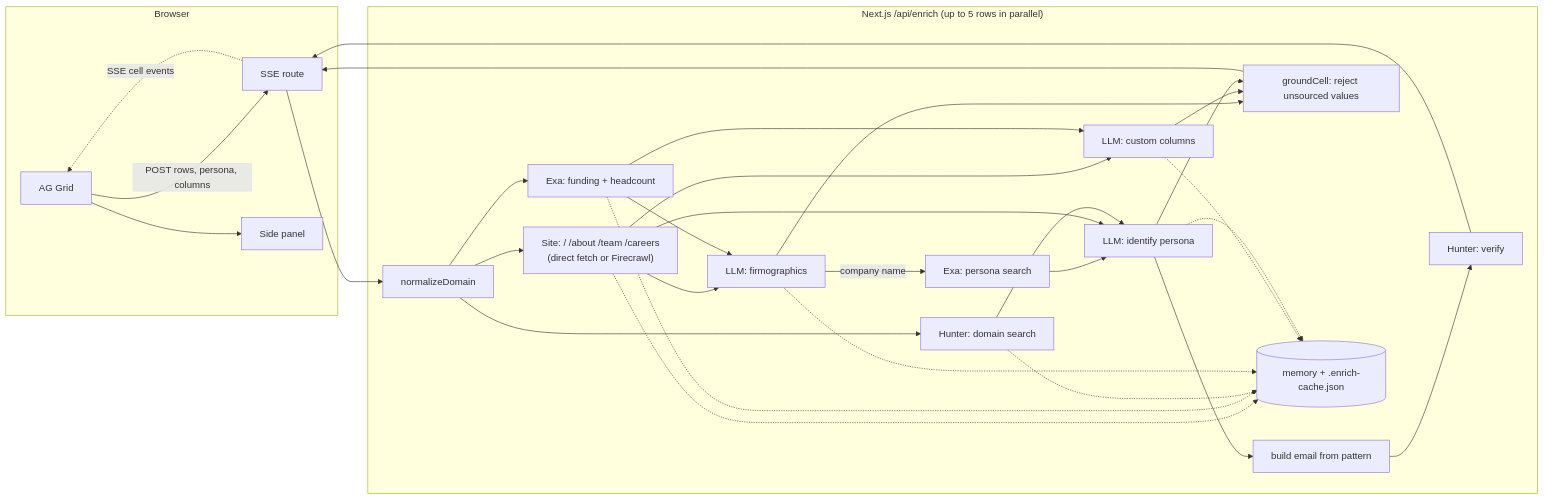
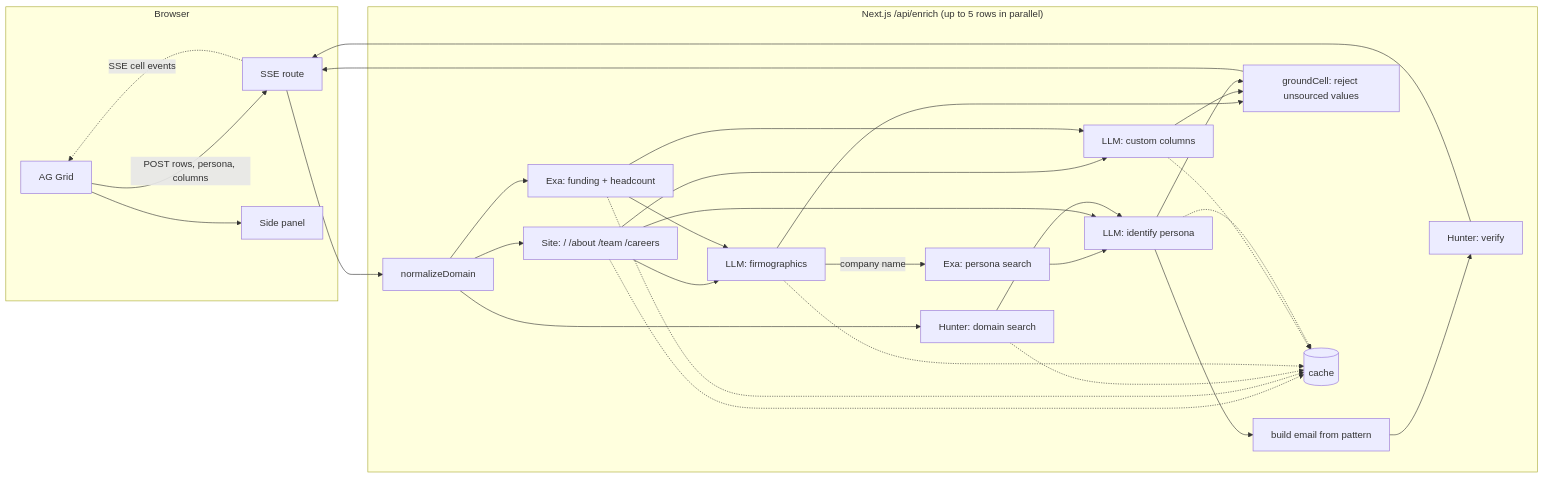
The diagram in README.md (prithvishahh/enrich_orangeSlice), drawn with Mermaid before and after one commit. The commit also changed other lines of this file, not shown here.

````diff
--- a/README.md
+++ b/README.md
@@ -61,24 +26,24 @@
 ```mermaid
 flowchart LR
   subgraph Browser
     G[AG Grid] -- POST rows, persona, columns --> R
     R -. SSE cell events .-> G
     G --> P[Side panel]
   end
   subgraph Server["Next.js /api/enrich (up to 5 rows in parallel)"]
     R[SSE route] --> N[normalizeDomain]
-    N --> S1["Site: / /about /team /careers<br/>(direct fetch or Firecrawl)"]
+    N --> S1["Site: / /about /team /careers"]
     N --> S2[Exa: funding + headcount]
     N --> H1[Hunter: domain search]
     S1 & S2 --> F[LLM: firmographics]
     S1 & S2 --> X[LLM: custom columns]
     F -- company name --> P1[Exa: persona search]
     P1 & S1 & H1 --> P2[LLM: identify persona]
     P2 --> E[build email from pattern] --> V[Hunter: verify]
     F & X & P2 --> GR[groundCell: reject unsourced values]
-    C[(memory + .enrich-cache.json)]
+    C[(cache)]
     S1 & S2 & H1 & F & X & P2 -.-> C
   end
   GR --> R
   V --> R
 ```
````
